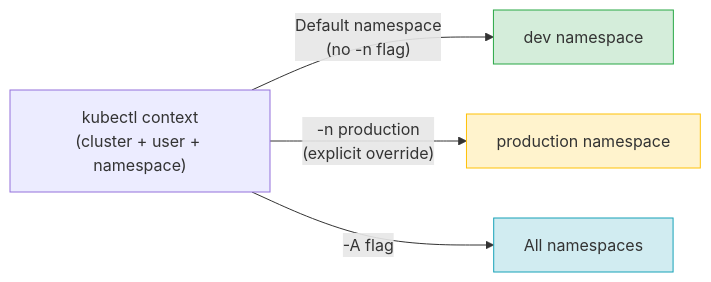
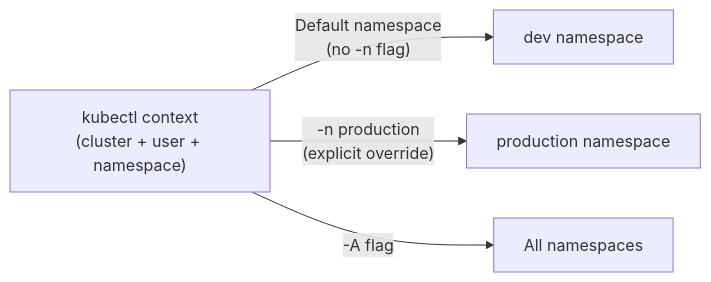
The diagram in src/courses/modules/namespaces/03-working-across-namespaces/en/content.md (Antoine-Flo/kube-mastery), drawn with Mermaid before and after one commit. The commit also changed 21 other files, not shown here.

Commit message:
remove diagram styles

````diff
--- a/src/courses/modules/namespaces/03-working-across-namespaces/en/content.md
+++ b/src/courses/modules/namespaces/03-working-across-namespaces/en/content.md
@@ -102,12 +102,8 @@
 ```mermaid
 flowchart LR
     Context["kubectl context\n(cluster + user + namespace)"]
 
     Context -->|"Default namespace\n(no -n flag)"| NS_dev["dev namespace"]
     Context -->|"-n production\n(explicit override)"| NS_prod["production namespace"]
     Context -->|"-A flag"| ALL["All namespaces"]
-
-    style NS_dev fill:#d4edda,stroke:#28a745
-    style NS_prod fill:#fff3cd,stroke:#ffc107
-    style ALL fill:#d1ecf1,stroke:#17a2b8
 ```
````
